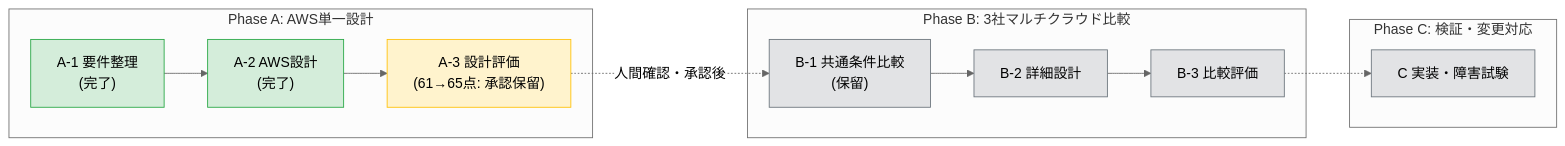
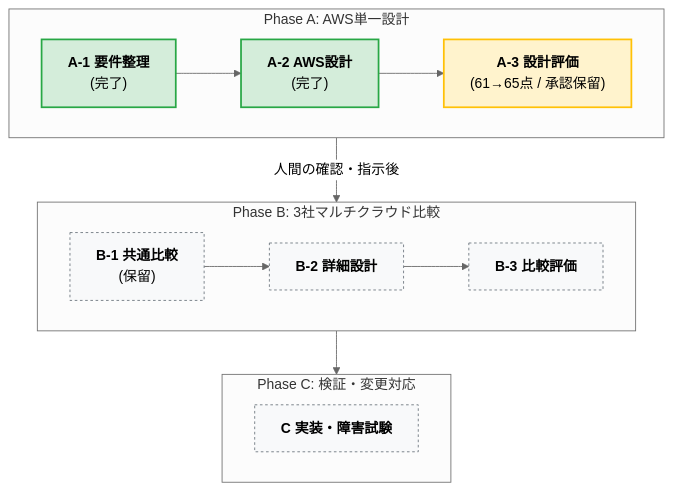
The diagram in README.md (moruku36/cloud-validation-level3-astra-light), drawn with Mermaid (neutral theme) before and after one commit. The commit also changed other lines of this file and 3 other files, not shown here.

Commit message:
style: improve readability of diagrams, flowcharts, charts, and image presentations

````diff
--- a/README.md
+++ b/README.md
@@ -19,20 +19,24 @@
 ```mermaid
-flowchart LR
-  subgraph PhaseA [Phase A: AWS単一設計]
-    A1["A-1 要件整理<br/>(完了)"] --> A2["A-2 AWS設計<br/>(完了)"] --> A3["A-3 設計評価<br/>(61→65点: 承認保留)"]
+flowchart TB
+  subgraph PhaseA ["Phase A: AWS単一設計"]
+    direction LR
+    A1["<b>A-1 要件整理</b><br/>(完了)"] --> A2["<b>A-2 AWS設計</b><br/>(完了)"] --> A3["<b>A-3 設計評価</b><br/>(61→65点 / 承認保留)"]
   end
-  subgraph PhaseB [Phase B: 3社マルチクラウド比較]
-    B1["B-1 共通条件比較<br/>(保留)"] --> B2["B-2 詳細設計"] --> B3["B-3 比較評価"]
+  subgraph PhaseB ["Phase B: 3社マルチクラウド比較"]
+    direction LR
+    B1["<b>B-1 共通比較</b><br/>(保留)"] --> B2["<b>B-2 詳細設計</b>"] --> B3["<b>B-3 比較評価</b>"]
   end
-  subgraph PhaseC [Phase C: 検証・変更対応]
-    C1["C 実装・障害試験"]
+  subgraph PhaseC ["Phase C: 検証・変更対応"]
+    C1["<b>C 実装・障害試験</b>"]
   end
-  A3 -.->|人間確認・承認後| B1
-  B3 -.-> C1
-  classDef done fill:#d4edda,stroke:#28a745,stroke-width:1px;
-  classDef pending fill:#fff3cd,stroke:#ffc107,stroke-width:1px;
-  classDef future fill:#e2e3e5,stroke:#6c757d,stroke-width:1px;
+
+  PhaseA -->|人間の確認・指示後| PhaseB
+  PhaseB --> PhaseC
+
+  classDef done fill:#d4edda,stroke:#28a745,stroke-width:2px;
+  classDef pending fill:#fff3cd,stroke:#ffc107,stroke-width:2px;
+  classDef future fill:#f8f9fa,stroke:#6c757d,stroke-width:1px,stroke-dasharray: 3 3;
   class A1,A2 done;
   class A3 pending;
   class B1,B2,B3,C1 future;
 ```
````
